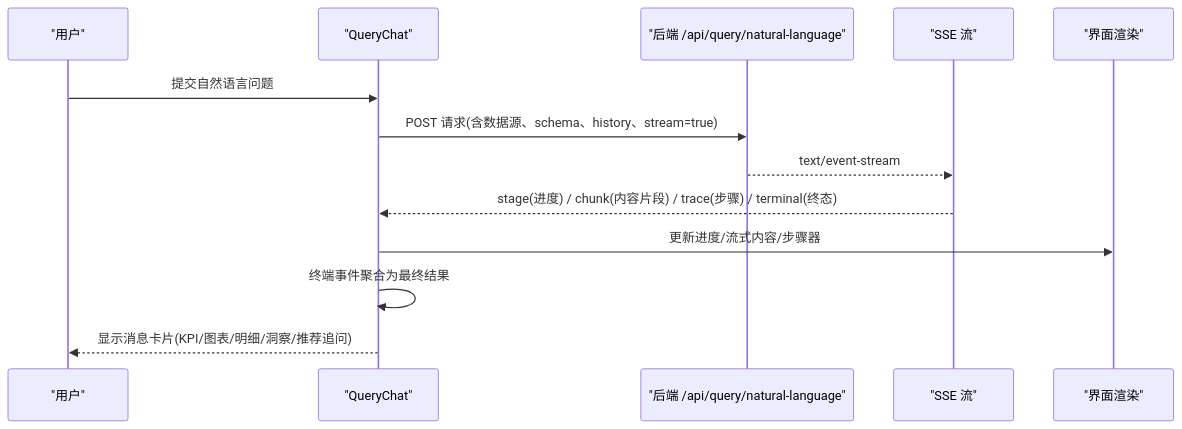
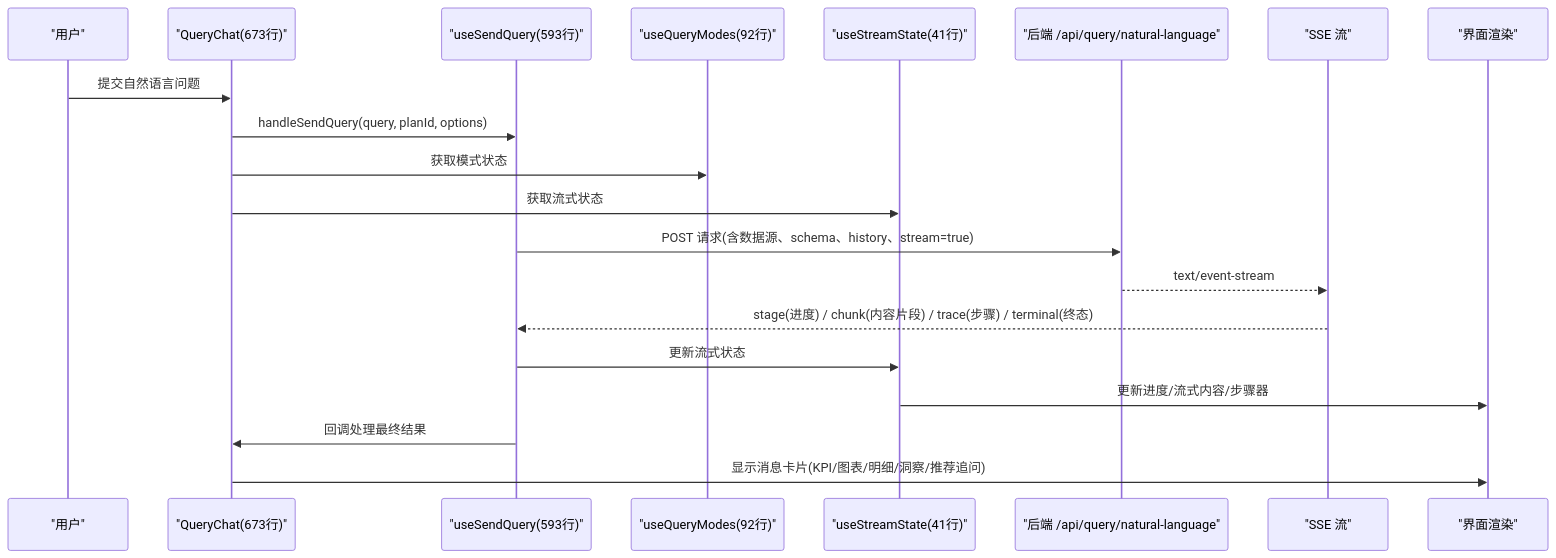
The second of 5 diagrams in .qoder/repowiki/zh/content/前端应用/核心组件库/查询聊天组件.md (dgjin/smart-data-analytics), drawn with Mermaid before and after one commit. The commit also changed other lines of this file and 146 other files, not shown here.

````diff
--- a/.qoder/repowiki/zh/content/前端应用/核心组件库/查询聊天组件.md
+++ b/.qoder/repowiki/zh/content/前端应用/核心组件库/查询聊天组件.md
@@ -86,15 +126,22 @@
 ```mermaid
 sequenceDiagram
 participant U as "用户"
-participant QC as "QueryChat"
+participant QC as "QueryChat(673行)"
+participant USQ as "useSendQuery(593行)"
+participant UQM as "useQueryModes(92行)"
+participant USS as "useStreamState(41行)"
 participant API as "后端 /api/query/natural-language"
 participant SSE as "SSE 流"
 participant UI as "界面渲染"
 U->>QC : 提交自然语言问题
-QC->>API : POST 请求(含数据源、schema、history、stream=true)
+QC->>USQ : handleSendQuery(query, planId, options)
+QC->>UQM : 获取模式状态
+QC->>USS : 获取流式状态
+USQ->>API : POST 请求(含数据源、schema、history、stream=true)
 API-->>SSE : text/event-stream
-SSE-->>QC : stage(进度) / chunk(内容片段) / trace(步骤) / terminal(终态)
-QC->>UI : 更新进度/流式内容/步骤器
-QC->>QC : 终端事件聚合为最终结果
-QC-->>U : 显示消息卡片(KPI/图表/明细/洞察/推荐追问)
+SSE-->>USQ : stage(进度) / chunk(内容片段) / trace(步骤) / terminal(终态)
+USQ->>USS : 更新流式状态
+USS->>UI : 更新进度/流式内容/步骤器
+USQ->>QC : 回调处理最终结果
+QC->>UI : 显示消息卡片(KPI/图表/明细/洞察/推荐追问)
 ```
````
